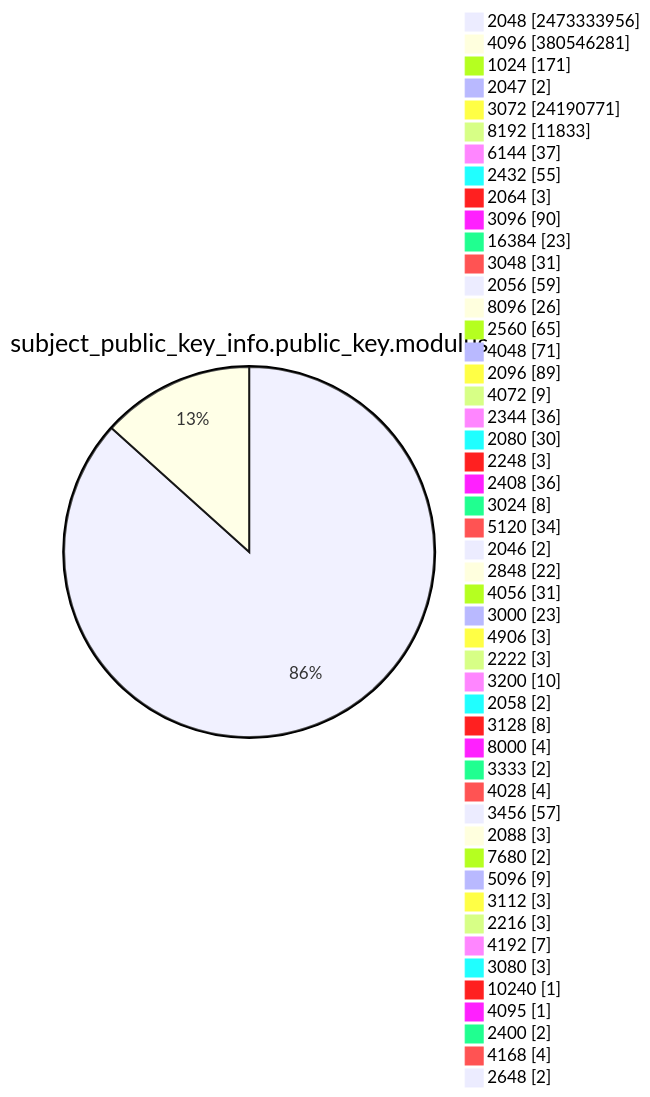
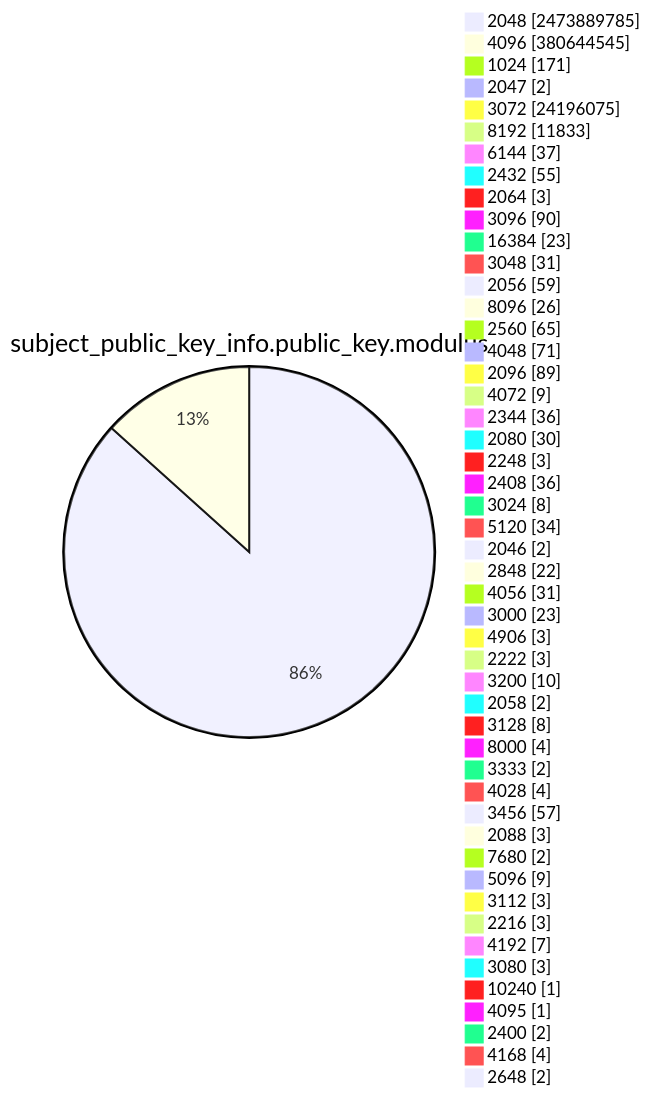
Before and after one commit to christiankrug/ctmonitor_visualization: diagram 13 of 15 in TOTAL/README.md, drawn with Mermaid. The commit also changed other lines of this file, not shown here.

````diff
--- a/TOTAL/README.md
+++ b/TOTAL/README.md
@@ -4168,53 +4168,53 @@
 ```mermaid
 pie showData
 title subject_public_key_info.public_key.modulus
-"2048" :2473333956
-"4096" :380546281
+"2048" :2473889785
+"4096" :380644545
 "1024" :171
 "2047" :2
-"3072" :24190771
+"3072" :24196075
 "8192" :11833
 "6144" :37
 "2432" :55
 "2064" :3
 "3096" :90
 "16384" :23
 "3048" :31
 "2056" :59
 "8096" :26
 "2560" :65
 "4048" :71
 "2096" :89
 "4072" :9
 "2344" :36
 "2080" :30
 "2248" :3
 "2408" :36
 "3024" :8
 "5120" :34
 "2046" :2
 "2848" :22
 "4056" :31
 "3000" :23
 "4906" :3
 "2222" :3
 "3200" :10
 "2058" :2
 "3128" :8
 "8000" :4
 "3333" :2
 "4028" :4
 "3456" :57
 "2088" :3
 "7680" :2
 "5096" :9
 "3112" :3
 "2216" :3
 "4192" :7
 "3080" :3
 "10240" :1
 "4095" :1
 "2400" :2
 "4168" :4
 "2648" :2
 ```
````
